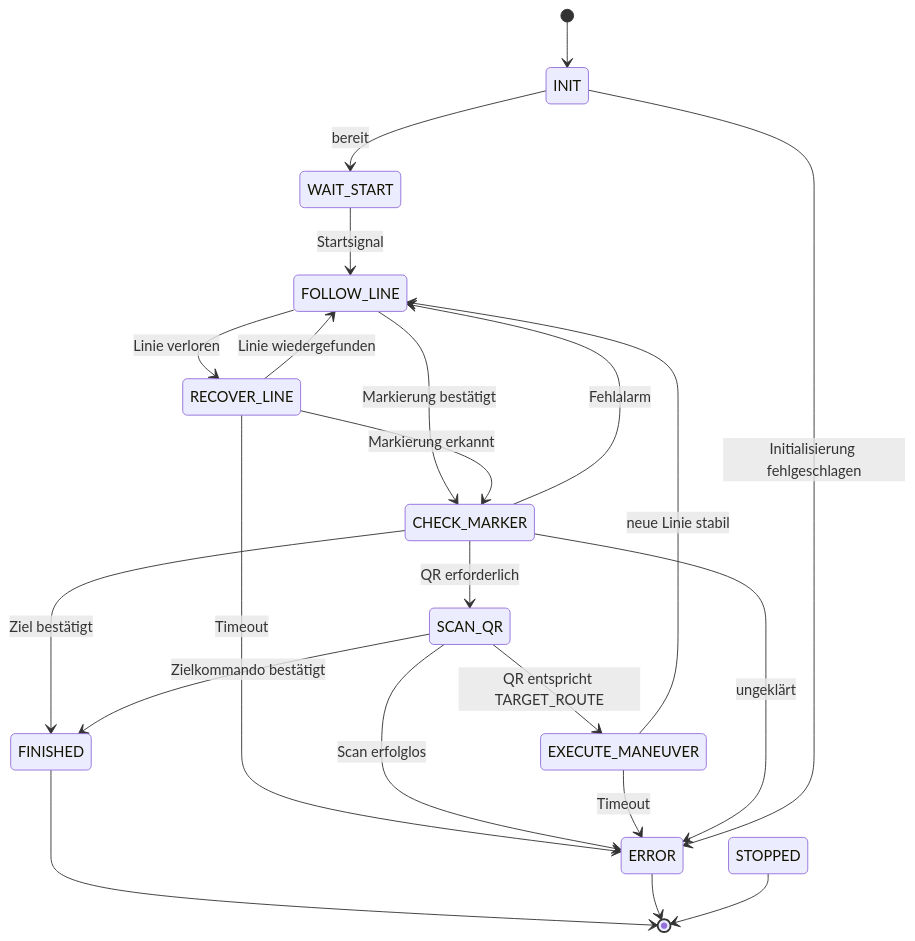
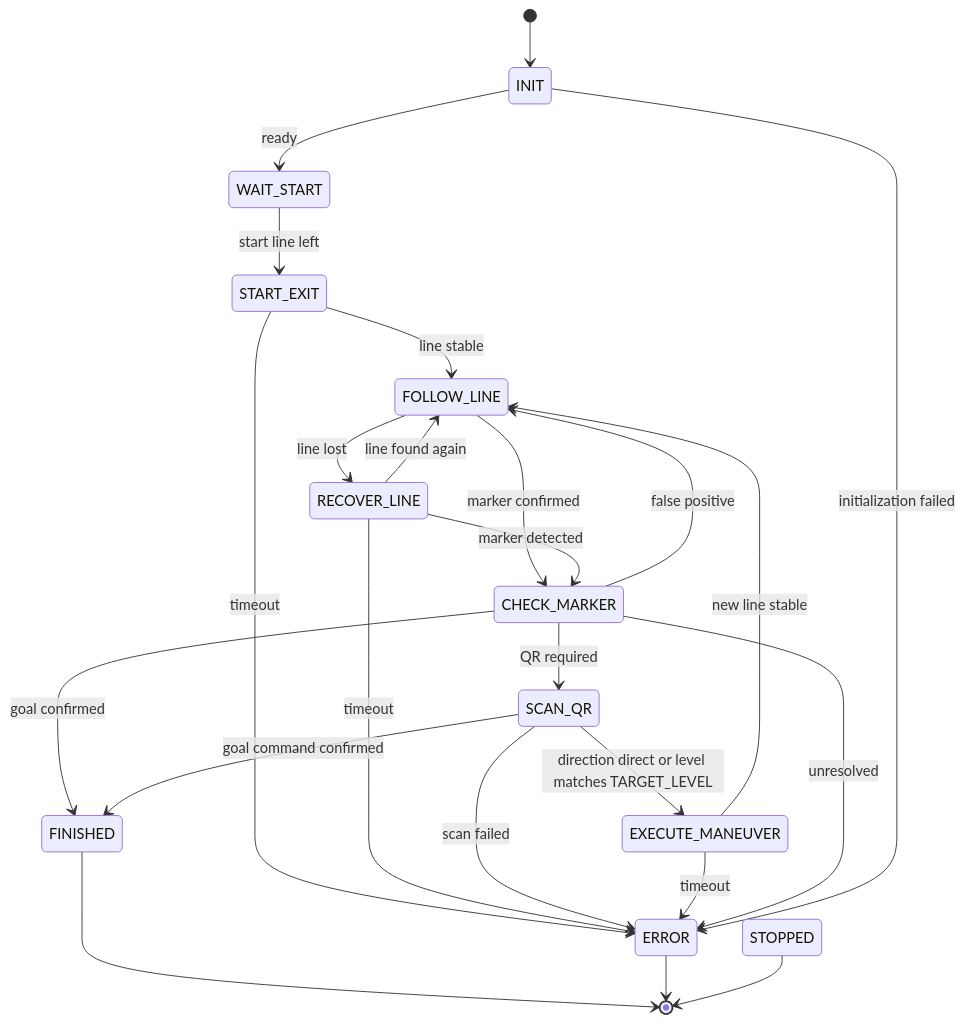
One commit to FrozenGin/KOSTAL26 changed the diagram in docs/version2-plan.md. Above: the diagram before and after it, drawn with Mermaid. The commit also changed other lines of this file, not shown here.

````diff
--- a/docs/version2-plan.md
+++ b/docs/version2-plan.md
@@ -82,24 +88,26 @@
 ```mermaid
 stateDiagram-v2
     [*] --> INIT
-    INIT --> WAIT_START: bereit
-    WAIT_START --> FOLLOW_LINE: Startsignal
-    FOLLOW_LINE --> CHECK_MARKER: Markierung bestätigt
-    CHECK_MARKER --> FOLLOW_LINE: Fehlalarm
-    CHECK_MARKER --> SCAN_QR: QR erforderlich
-    CHECK_MARKER --> FINISHED: Ziel bestätigt
-    SCAN_QR --> EXECUTE_MANEUVER: QR entspricht TARGET_ROUTE
-    SCAN_QR --> FINISHED: Zielkommando bestätigt
-    EXECUTE_MANEUVER --> FOLLOW_LINE: neue Linie stabil
-    FOLLOW_LINE --> RECOVER_LINE: Linie verloren
-    RECOVER_LINE --> FOLLOW_LINE: Linie wiedergefunden
-    RECOVER_LINE --> CHECK_MARKER: Markierung erkannt
-    RECOVER_LINE --> ERROR: Timeout
-    SCAN_QR --> ERROR: Scan erfolglos
-    EXECUTE_MANEUVER --> ERROR: Timeout
-    CHECK_MARKER --> ERROR: ungeklärt
-    INIT --> ERROR: Initialisierung fehlgeschlagen
+    INIT --> WAIT_START: ready
+    WAIT_START --> START_EXIT: start line left
+    START_EXIT --> FOLLOW_LINE: line stable
+    START_EXIT --> ERROR: timeout
+    FOLLOW_LINE --> CHECK_MARKER: marker confirmed
+    CHECK_MARKER --> FOLLOW_LINE: false positive
+    CHECK_MARKER --> SCAN_QR: QR required
+    CHECK_MARKER --> FINISHED: goal confirmed
+    SCAN_QR --> EXECUTE_MANEUVER: direction direct or level matches TARGET_LEVEL
+    SCAN_QR --> FINISHED: goal command confirmed
+    EXECUTE_MANEUVER --> FOLLOW_LINE: new line stable
+    FOLLOW_LINE --> RECOVER_LINE: line lost
+    RECOVER_LINE --> FOLLOW_LINE: line found again
+    RECOVER_LINE --> CHECK_MARKER: marker detected
+    RECOVER_LINE --> ERROR: timeout
+    SCAN_QR --> ERROR: scan failed
+    EXECUTE_MANEUVER --> ERROR: timeout
+    CHECK_MARKER --> ERROR: unresolved
+    INIT --> ERROR: initialization failed
     FINISHED --> [*]
     ERROR --> [*]
     STOPPED --> [*]
 ```
````
